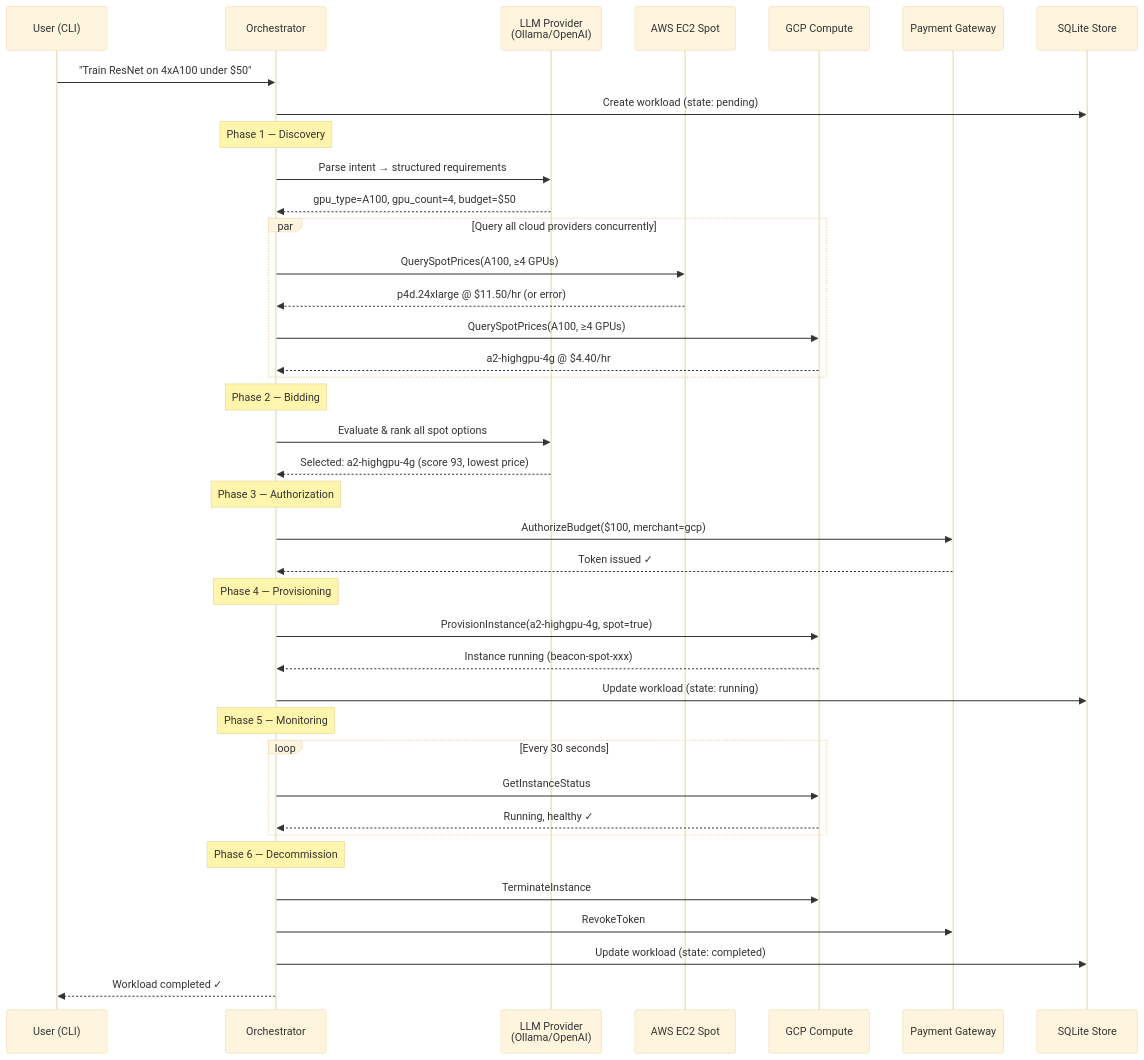
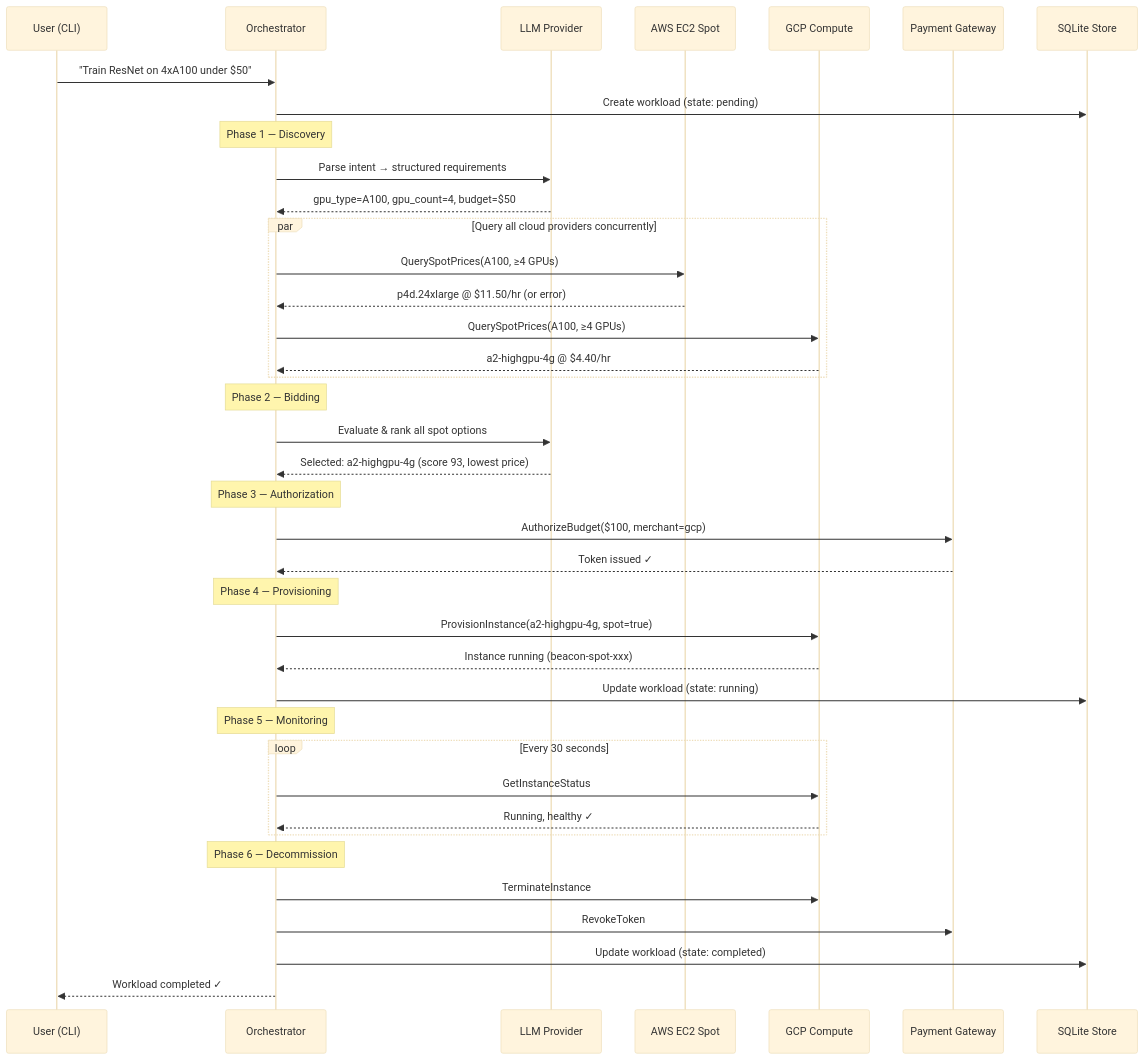
One commit to lollapalooza-ai/beacon changed the first of 3 diagrams in README.md. Above: the diagram before and after it, drawn with Mermaid (base theme). The commit also changed other lines of this file and 1 other file, not shown here.

````diff
--- a/README.md
+++ b/README.md
@@ -66,49 +70,49 @@
 ```mermaid
 sequenceDiagram
     participant User as User (CLI)
     participant Orch as Orchestrator
-    participant LLM as LLM Provider<br/>(Ollama/OpenAI)
+    participant LLM as LLM Provider
     participant AWS as AWS EC2 Spot
     participant GCP as GCP Compute
     participant Pay as Payment Gateway
     participant DB as SQLite Store
 
     User->>Orch: "Train ResNet on 4xA100 under $50"
     Orch->>DB: Create workload (state: pending)
 
     Note over Orch: Phase 1 — Discovery
     Orch->>LLM: Parse intent → structured requirements
     LLM-->>Orch: gpu_type=A100, gpu_count=4, budget=$50
 
     par Query all cloud providers concurrently
         Orch->>AWS: QuerySpotPrices(A100, ≥4 GPUs)
         AWS-->>Orch: p4d.24xlarge @ $11.50/hr (or error)
         Orch->>GCP: QuerySpotPrices(A100, ≥4 GPUs)
         GCP-->>Orch: a2-highgpu-4g @ $4.40/hr
     end
 
     Note over Orch: Phase 2 — Bidding
     Orch->>LLM: Evaluate & rank all spot options
     LLM-->>Orch: Selected: a2-highgpu-4g (score 93, lowest price)
 
     Note over Orch: Phase 3 — Authorization
     Orch->>Pay: AuthorizeBudget($100, merchant=gcp)
     Pay-->>Orch: Token issued ✓
 
     Note over Orch: Phase 4 — Provisioning
     Orch->>GCP: ProvisionInstance(a2-highgpu-4g, spot=true)
     GCP-->>Orch: Instance running (beacon-spot-xxx)
     Orch->>DB: Update workload (state: running)
 
     Note over Orch: Phase 5 — Monitoring
     loop Every 30 seconds
         Orch->>GCP: GetInstanceStatus
         GCP-->>Orch: Running, healthy ✓
     end
 
     Note over Orch: Phase 6 — Decommission
     Orch->>GCP: TerminateInstance
     Orch->>Pay: RevokeToken
     Orch->>DB: Update workload (state: completed)
     Orch-->>User: Workload completed ✓
 ```
````
